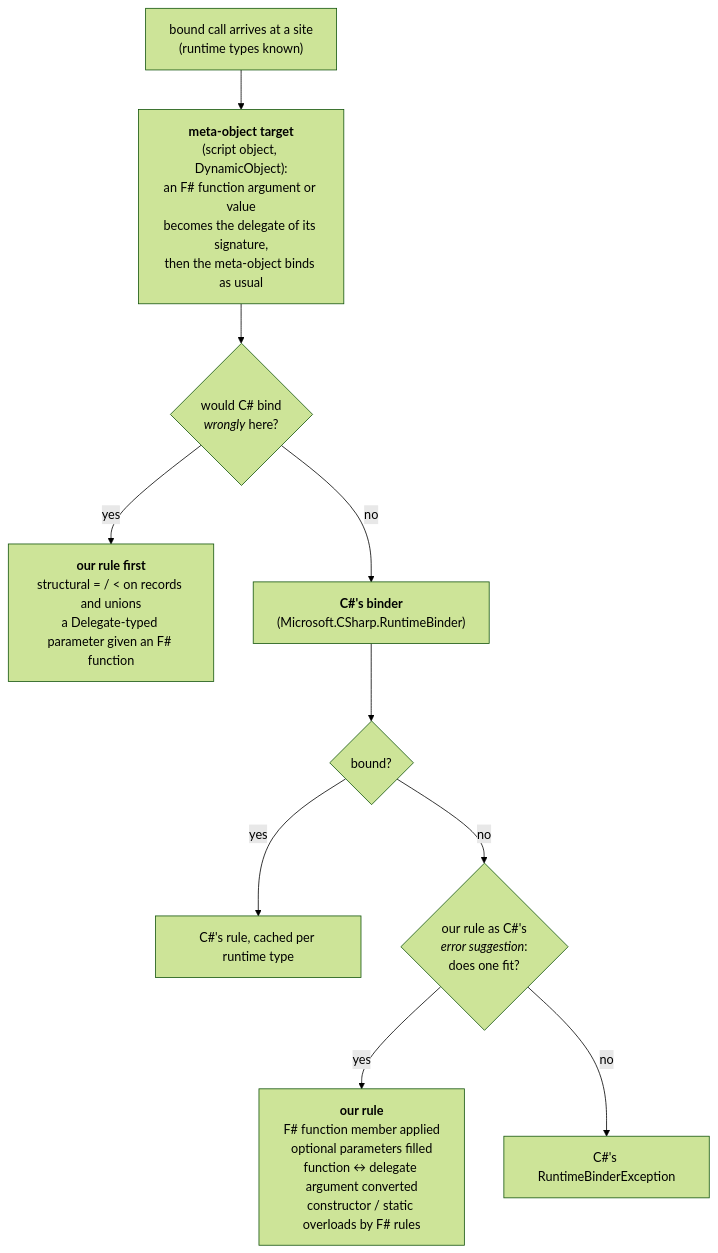
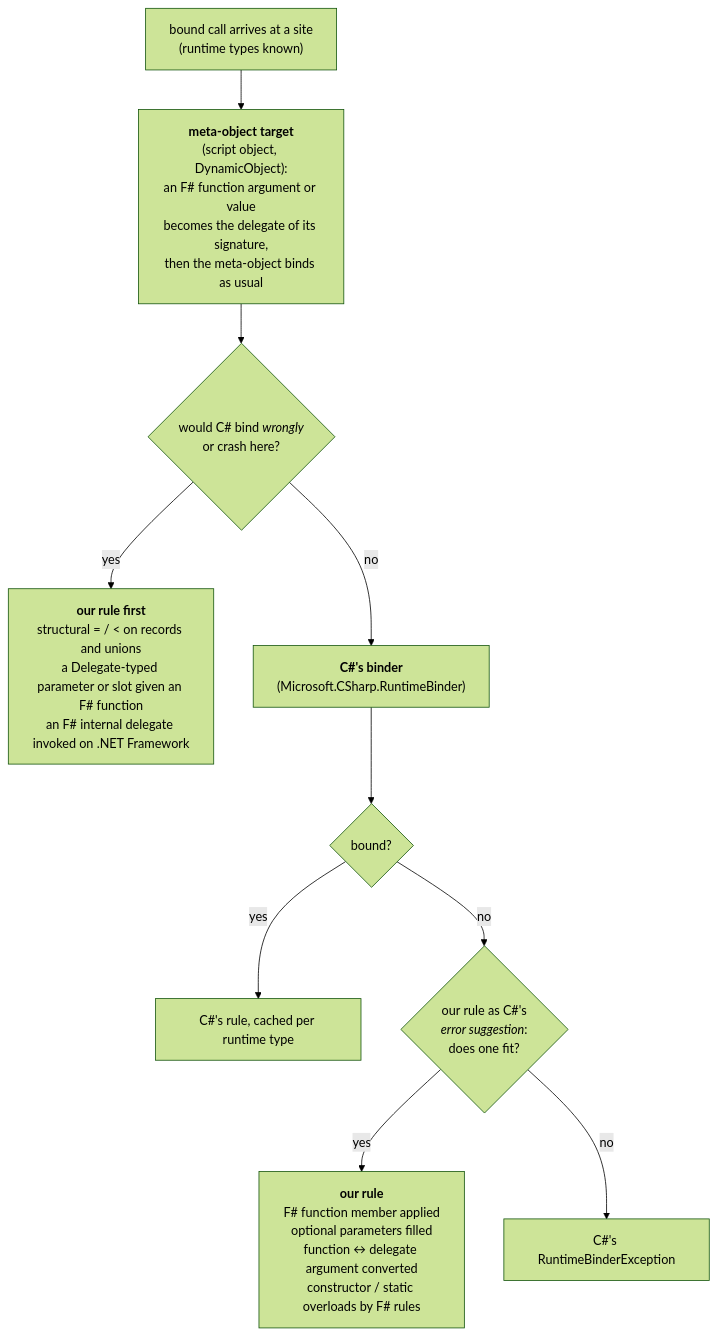
One commit to ekonbenefits/FSharp.Interop.Dlr changed the diagram in docs/binders.md. Above: the diagram before and after it, drawn with Mermaid (forest theme). The commit also changed other lines of this file and 4 other files, not shown here.

````diff
--- a/docs/binders.md
+++ b/docs/binders.md
@@ -18,21 +18,21 @@
 ```mermaid
 flowchart TD
     arrive["bound call arrives at a site<br/>(runtime types known)"]
-    wrong{"would C# bind<br/><i>wrongly</i> here?"}
-    ours1["<b>our rule first</b><br/>structural = / &lt; on records and unions<br/>a Delegate-typed parameter given an F# function"]
+    wrong{"would C# bind <i>wrongly</i><br/>or crash here?"}
+    ours1["<b>our rule first</b><br/>structural = / &lt; on records and unions<br/>a Delegate-typed parameter or slot given an F# function<br/>an F# internal delegate invoked on .NET Framework"]
     csharp["<b>C#'s binder</b><br/>(Microsoft.CSharp.RuntimeBinder)"]
     ok{"bound?"}
     done["C#'s rule, cached per runtime type"]
     suggest{"our rule as C#'s<br/><i>error suggestion</i>:<br/>does one fit?"}
     ours2["<b>our rule</b><br/>F# function member applied<br/>optional parameters filled<br/>function ↔ delegate argument converted<br/>constructor / static overloads by F# rules"]
     meta["<b>meta-object target</b><br/>(script object, DynamicObject):<br/>an F# function argument or value<br/>becomes the delegate of its signature,<br/>then the meta-object binds as usual"]
     err["C#'s RuntimeBinderException"]
 
     arrive --> meta --> wrong
     wrong -- yes --> ours1
     wrong -- no --> csharp --> ok
     ok -- yes --> done
     ok -- no --> suggest
     suggest -- yes --> ours2
     suggest -- no --> err
 ```
````
